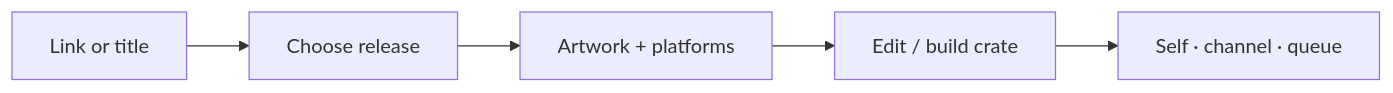
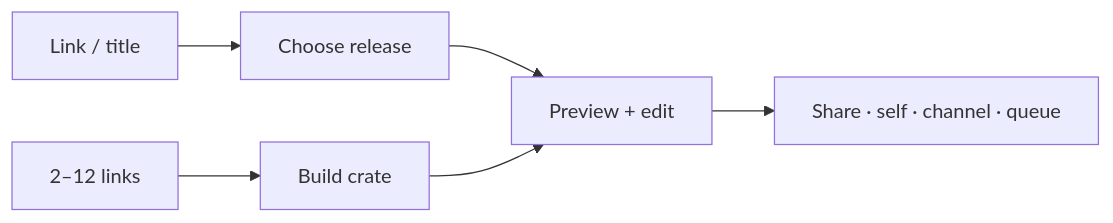
Before and after one commit to StonerHand/stonerhand-soundlinks-bot: the diagram in README.md, drawn with Mermaid. The commit also changed other lines of this file and 20 other files, not shown here.

````diff
--- a/README.md
+++ b/README.md
@@ -40,7 +40,8 @@
 ```mermaid
 flowchart LR
-    A["Link or title"] --> B["Choose release"]
-    B --> C["Artwork + platforms"]
-    C --> D["Edit / build crate"]
-    D --> E["Self · channel · queue"]
+    A["Link / title"] --> B["Choose release"]
+    A2["2–12 links"] --> C["Build crate"]
+    B --> D["Preview + edit"]
+    C --> D
+    D --> E["Share · self · channel · queue"]
 ```
````
